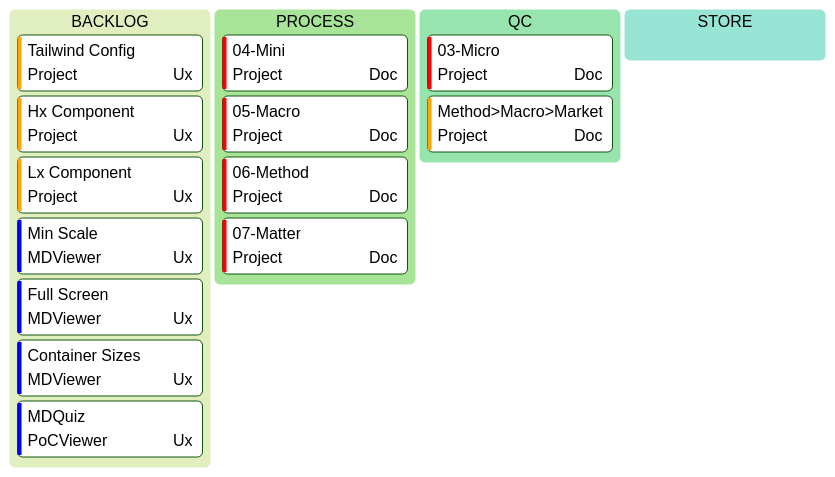
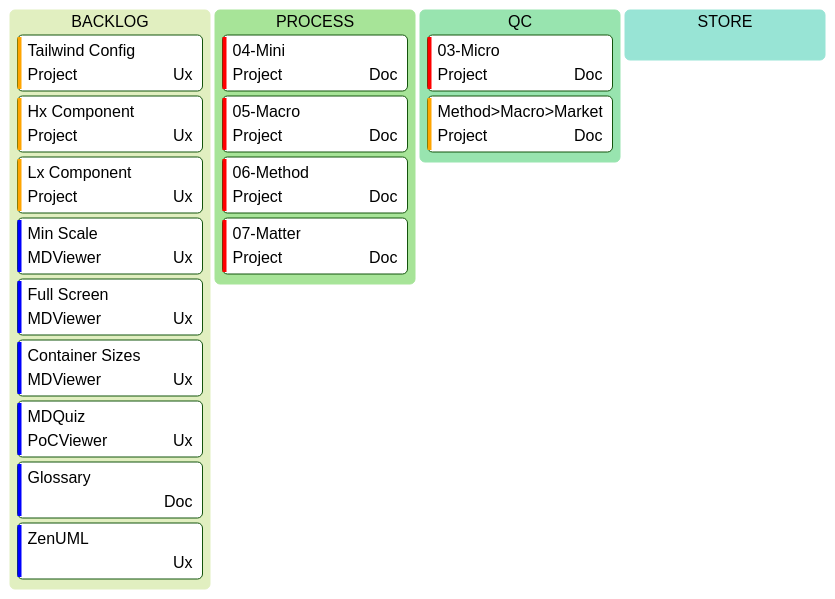
One commit to Nihads-Nagis/HXLX changed the diagram in src/dags/D0K.md. Above: the diagram before and after it, drawn with Mermaid (forest theme). The commit also changed 1 other file, not shown here.

Commit message:
🟫 0176: D04-0K

````diff
--- a/src/dags/D0K.md
+++ b/src/dags/D0K.md
@@ -3,20 +3,22 @@
 ```mermaid
 kanban
   column1[BACKLOG]
     task4[Tailwind Config]@{ ticket: Project , priority: 'High', assigned: 'Ux' }
     task5[Hx Component]@{ ticket: Project , priority: 'High', assigned: 'Ux' }
     task6[Lx Component]@{ ticket: Project , priority: 'High', assigned: 'Ux' }
     task1[Min Scale]@{ ticket: MDViewer, priority: 'Low', assigned: 'Ux'}
     task2[Full Screen]@{ ticket: MDViewer, priority: 'Low', assigned: 'Ux'}
     task3[Container Sizes]@{ ticket: MDViewer, priority: 'Low', assigned: 'Ux' }
     task13[MDQuiz]@{ ticket: PoCViewer , priority: 'Low', assigned: 'Ux'  }
+    task14[Glossary]@{ ticket:Builtin , priority: 'Low', assigned:  'Doc'}
+    task15[ZenUML]@{ ticket:MDViewer , priority: 'Low', assigned: 'Ux' }
   column2[PROCESS]
     task7[04-Mini]@{ ticket: Project , priority: 'Very High', assigned: 'Doc' }
     task9[05-Macro]@{ ticket: Project , priority: 'Very High', assigned: 'Doc' }
     task10[06-Method]@{ ticket: Project , priority: 'Very High', assigned: 'Doc' }
     task11[07-Matter]@{ ticket: Project , priority: 'Very High', assigned: 'Doc' }
   column3[QC]
     task8[03-Micro]@{ ticket: Project, priority: 'Very High', assigned: 'Doc' }
     task12[Method>Macro>Market]@{ ticket: Project, priority: 'High', assigned: 'Doc' }
   column4[STORE]
 ```
````
